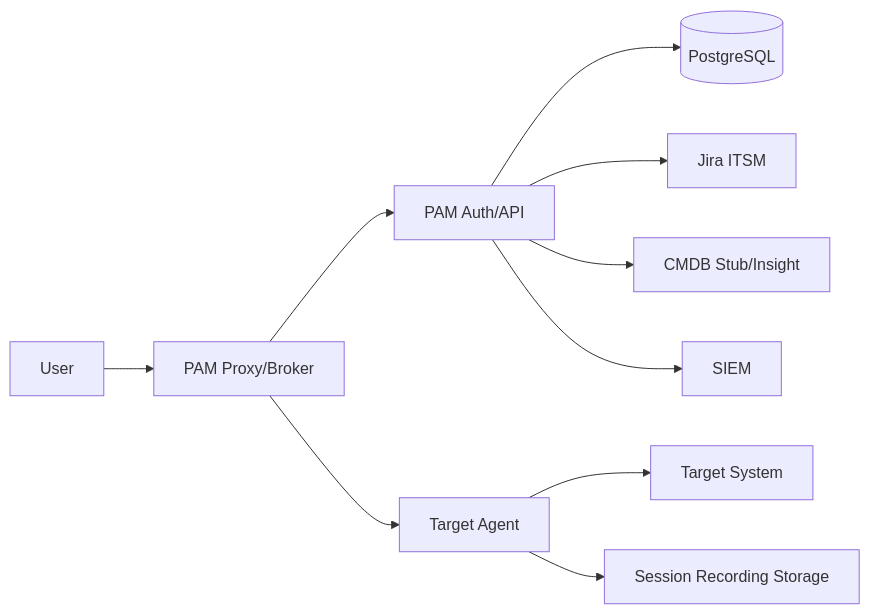
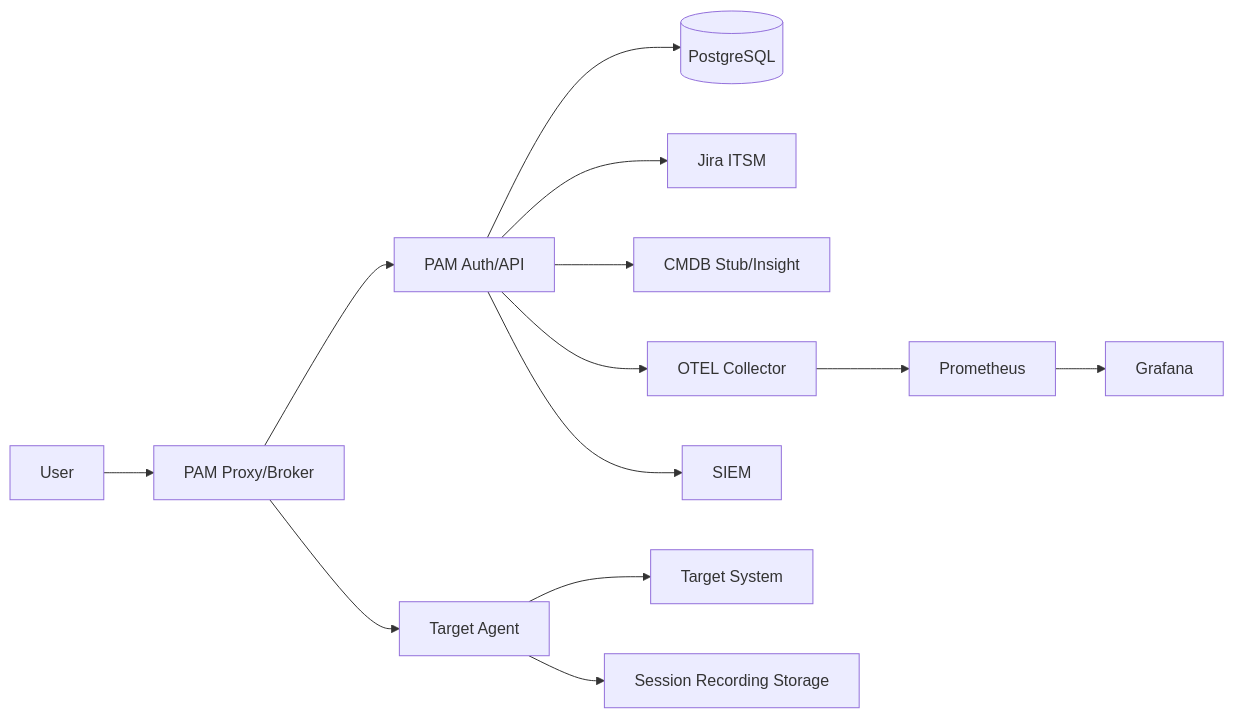
One commit to qmish/pam-gateway changed the diagram in docs/hld.md. Above: the diagram before and after it, drawn with Mermaid. The commit also changed other lines of this file and 2 other files, not shown here.

First line of the commit message:
﻿Update checklists and architecture docs.

````diff
--- a/docs/hld.md
+++ b/docs/hld.md
@@ -26,12 +28,15 @@
 ```mermaid
 flowchart LR
   User[User] --> Proxy[PAM Proxy/Broker]
   Proxy --> Auth[PAM Auth/API]
   Auth --> PG[(PostgreSQL)]
   Auth --> ITSM[Jira ITSM]
   Auth --> CMDB[CMDB Stub/Insight]
+  Auth --> OTEL[OTEL Collector]
+  OTEL --> Prom[Prometheus]
+  Prom --> Grafana[Grafana]
   Auth --> SIEM[SIEM]
   Proxy --> Agent[Target Agent]
   Agent --> Target[Target System]
   Agent --> Rec[Session Recording Storage]
 ```
````
